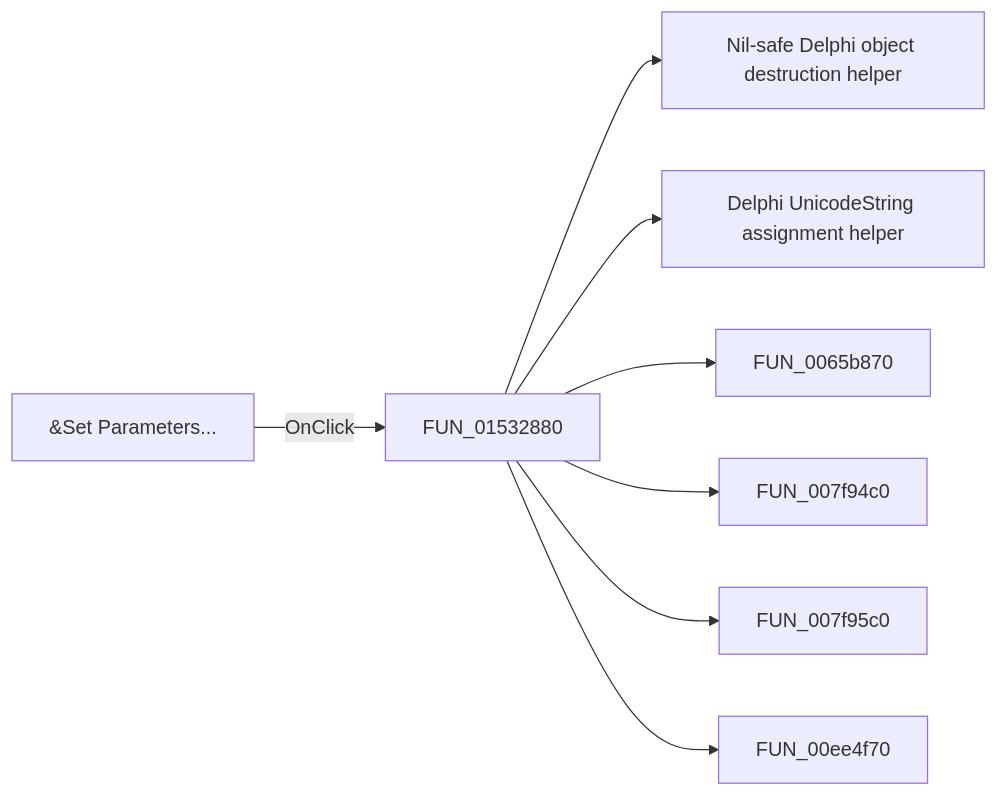
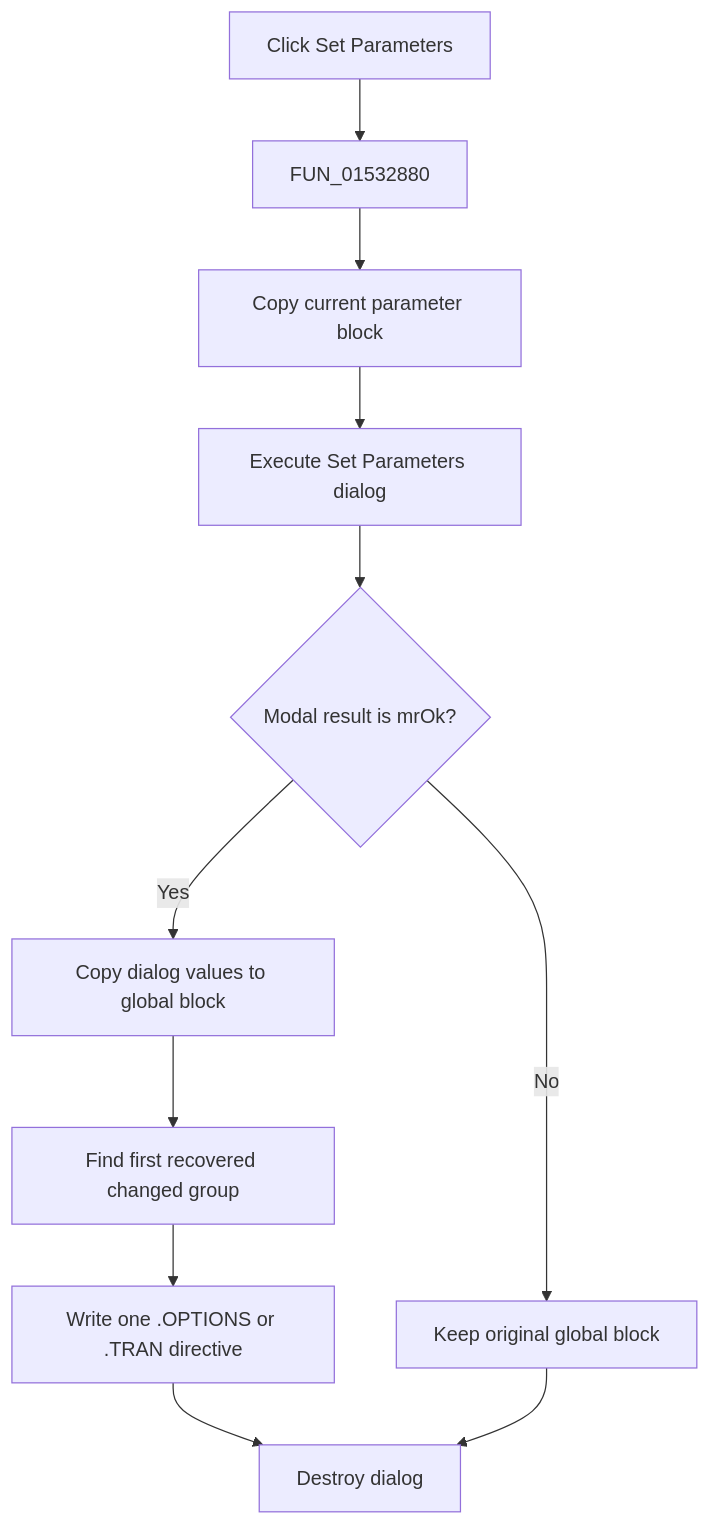
Before and after one commit to MovGP0/TIARA: the diagram in docs/ui-controls/netlisteditor/misetparameters-6e98396670.md, drawn with Mermaid. The commit also changed other lines of this file and 1062 other files, not shown here.

````diff
--- a/docs/ui-controls/netlisteditor/misetparameters-6e98396670.md
+++ b/docs/ui-controls/netlisteditor/misetparameters-6e98396670.md
@@ -27,10 +29,13 @@
 ```mermaid
-flowchart LR
-    control["&Set Parameters..."] -->|OnClick| handler["FUN_01532880"]
-    handler --> call1["Nil-safe Delphi object destruction helper"]
-    handler --> call2["Delphi UnicodeString assignment helper"]
-    handler --> call3["FUN_0065b870"]
-    handler --> call4["FUN_007f94c0"]
-    handler --> call5["FUN_007f95c0"]
-    handler --> call6["FUN_00ee4f70"]
+flowchart TD
+    control["Click Set Parameters"] --> handler["FUN_01532880"]
+    handler --> snapshot["Copy current parameter block"]
+    snapshot --> dialog["Execute Set Parameters dialog"]
+    dialog --> ok{"Modal result is mrOk?"}
+    ok -->|No| keep["Keep original global block"]
+    ok -->|Yes| commit["Copy dialog values to global block"]
+    commit --> compare["Find first recovered changed group"]
+    compare --> write["Write one .OPTIONS or .TRAN directive"]
+    write --> destroy["Destroy dialog"]
+    keep --> destroy
 ```
````
